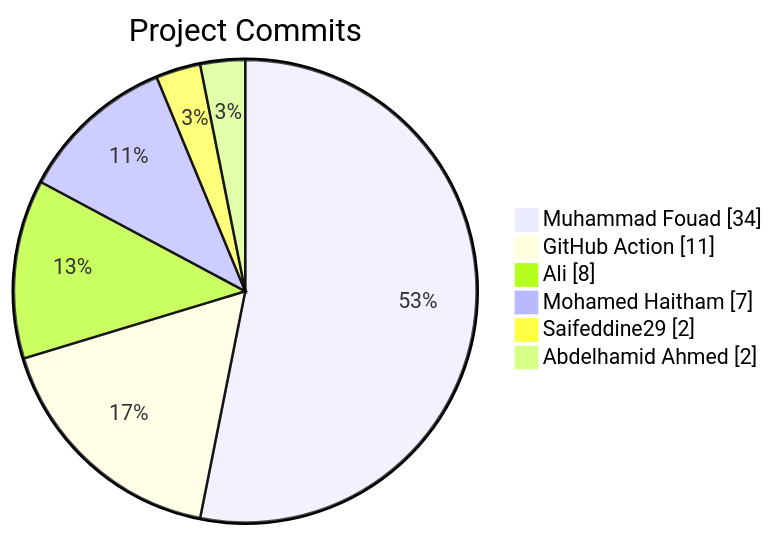
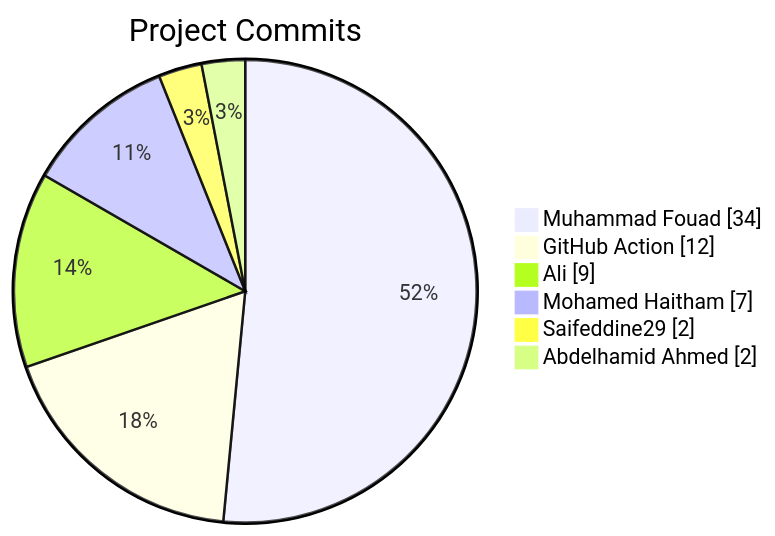
One commit to Abdelhamid-El-rashidy/Library_System changed the diagram in README.md. Above: the diagram before and after it, drawn with Mermaid.

Commit message:
docs: update contributor stats [skip ci]

````diff
--- a/README.md
+++ b/README.md
@@ -11,10 +11,10 @@
 ```mermaid
 pie showData
     title Project Commits
     "Muhammad Fouad" : 34
-    "GitHub Action" : 11
-    "Ali" : 8
+    "GitHub Action" : 12
+    "Ali" : 9
     "Mohamed Haitham" : 7
     "Saifeddine29" : 2
     "Abdelhamid Ahmed" : 2
 ```
````
